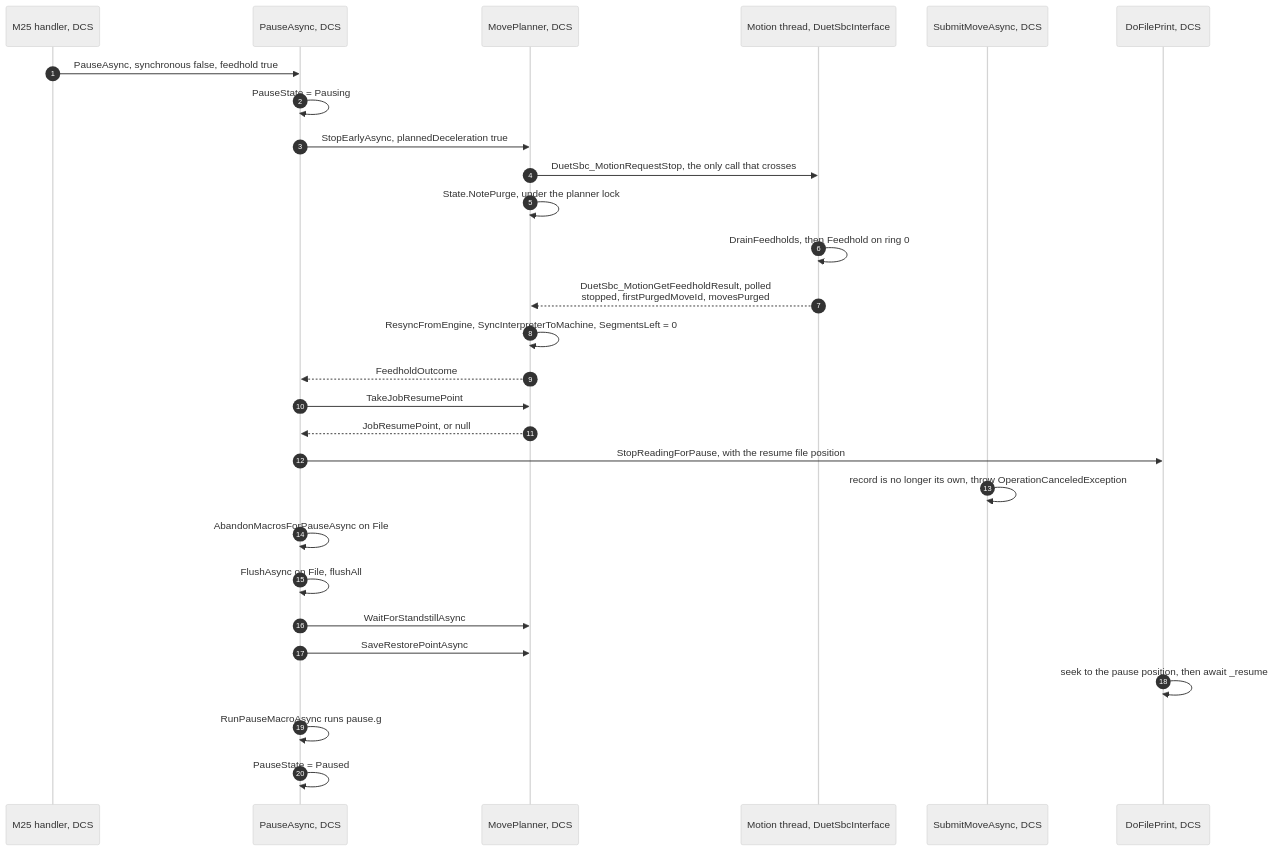
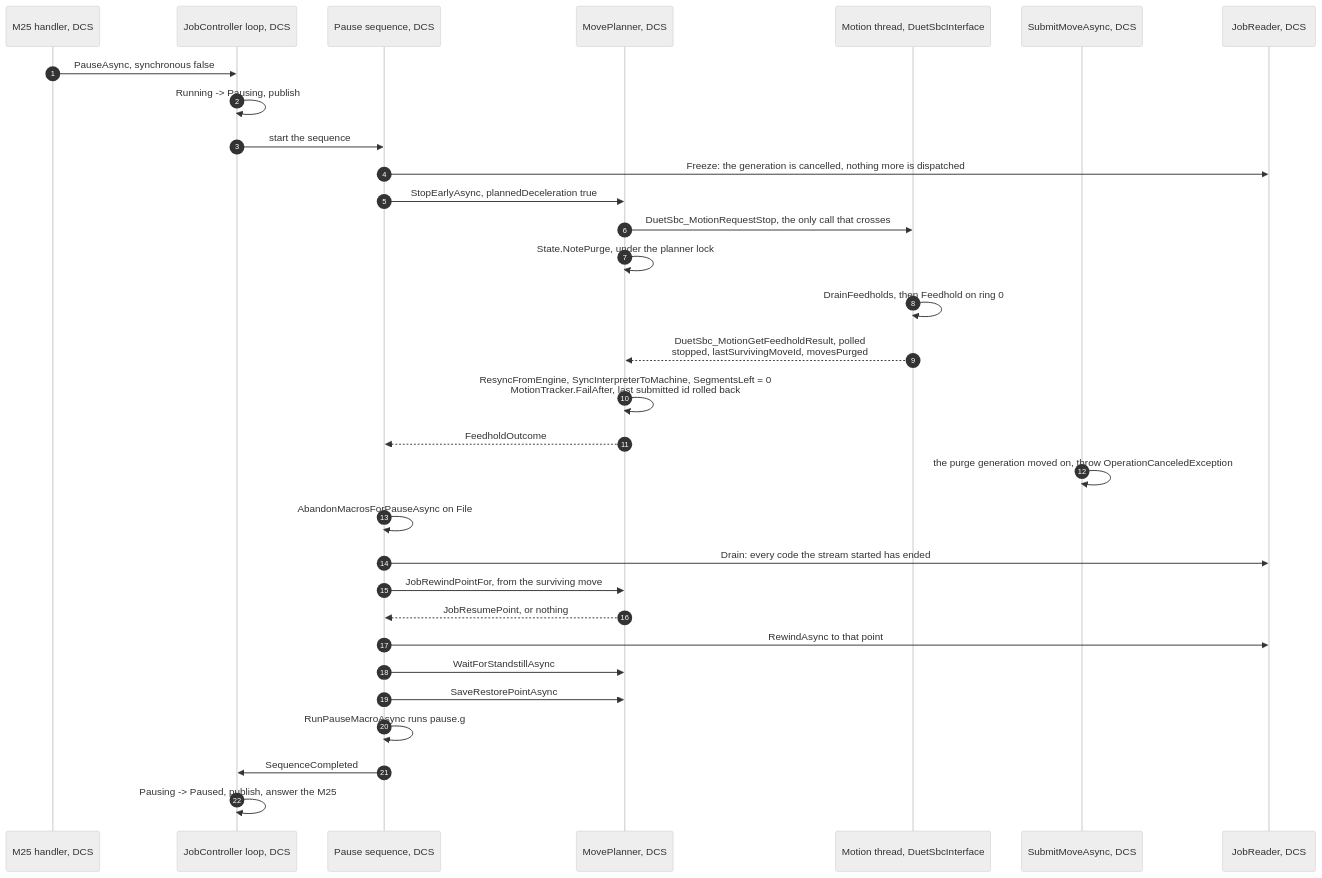
The second of 5 diagrams in src/Documentation/articles/pause-and-resume.md (Duet3D/DuetSoftwareFramework), drawn with Mermaid (neutral theme) before and after one commit. The commit also changed other lines of this file and 29 other files, not shown here.

````diff
--- a/src/Documentation/articles/pause-and-resume.md
+++ b/src/Documentation/articles/pause-and-resume.md
@@ -125,31 +127,34 @@
 ```mermaid
 sequenceDiagram
     autonumber
     participant M as M25 handler, DCS
-    participant P as PauseAsync, DCS
+    participant L as JobController loop, DCS
+    participant P as Pause sequence, DCS
     participant PL as MovePlanner, DCS
     participant E as Motion thread, DuetSbcInterface
     participant S as SubmitMoveAsync, DCS
-    participant J as DoFilePrint, DCS
+    participant J as JobReader, DCS
 
-    M->>P: PauseAsync, synchronous false, feedhold true
-    P->>P: PauseState = Pausing
+    M->>L: PauseAsync, synchronous false
+    L->>L: Running -> Pausing, publish
+    L->>P: start the sequence
+    P->>J: Freeze: the generation is cancelled, nothing more is dispatched
     P->>PL: StopEarlyAsync, plannedDeceleration true
     PL->>E: DuetSbc_MotionRequestStop, the only call that crosses
     PL->>PL: State.NotePurge, under the planner lock
     E->>E: DrainFeedholds, then Feedhold on ring 0
-    E-->>PL: DuetSbc_MotionGetFeedholdResult, polled<br/>stopped, firstPurgedMoveId, movesPurged
-    PL->>PL: ResyncFromEngine, SyncInterpreterToMachine, SegmentsLeft = 0
+    E-->>PL: DuetSbc_MotionGetFeedholdResult, polled<br/>stopped, lastSurvivingMoveId, movesPurged
+    PL->>PL: ResyncFromEngine, SyncInterpreterToMachine, SegmentsLeft = 0<br/>MotionTracker.FailAfter, last submitted id rolled back
     PL-->>P: FeedholdOutcome
-    P->>PL: TakeJobResumePoint
-    PL-->>P: JobResumePoint, or null
-    P->>J: StopReadingForPause, with the resume file position
-    S->>S: record is no longer its own, throw OperationCanceledException
+    S->>S: the purge generation moved on, throw OperationCanceledException
     P->>P: AbandonMacrosForPauseAsync on File
-    P->>P: FlushAsync on File, flushAll
+    P->>J: Drain: every code the stream started has ended
+    P->>PL: JobRewindPointFor, from the surviving move
+    PL-->>P: JobResumePoint, or nothing
+    P->>J: RewindAsync to that point
     P->>PL: WaitForStandstillAsync
     P->>PL: SaveRestorePointAsync
-    J->>J: seek to the pause position, then await _resume
     P->>P: RunPauseMacroAsync runs pause.g
-    P->>P: PauseState = Paused
+    P->>L: SequenceCompleted
+    L->>L: Pausing -> Paused, publish, answer the M25
 ```
````
